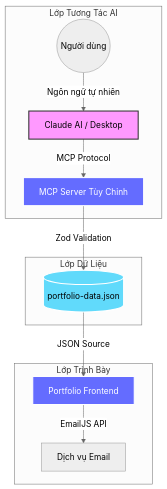
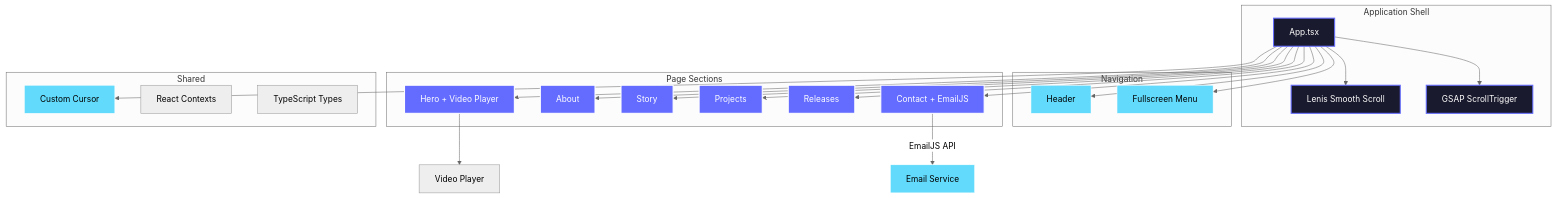
Before and after one commit to phuc2502/portfolio_thienphuc: the diagram in README.md, drawn with Mermaid (neutral theme). The commit also changed other lines of this file, not shown here.

````diff
--- a/README.md
+++ b/README.md
@@ -93,24 +88,51 @@
 ```mermaid
-graph TB
-    subgraph "Lớp Tương Tác AI"
-        User((Người dùng)) -- "Ngôn ngữ tự nhiên" --> Claude[Claude AI / Desktop]
-        Claude -- "MCP Protocol" --> MCPServer[MCP Server Tùy Chỉnh]
+graph TD
+    subgraph "Application Shell"
+        App["App.tsx"]
+        Lenis["Lenis Smooth Scroll"]
+        GSAP["GSAP ScrollTrigger"]
     end
 
-    subgraph "Lớp Dữ Liệu"
-        MCPServer -- "Zod Validation" --> LocalDB[(portfolio-data.json)]
+    subgraph "Navigation"
+        Header["Header"]
+        Menu["Fullscreen Menu"]
     end
 
-    subgraph "Lớp Trình Bày"
-        LocalDB -- "JSON Source" --> ViteApp[Portfolio Frontend]
-        ViteApp -- "EmailJS API" --> Mail[Dịch vụ Email]
+    subgraph "Page Sections"
+        Hero["Hero + Video Player"]
+        About["About"]
+        Story["Story"]
+        Projects["Projects"]
+        Releases["Releases"]
+        Contact["Contact + EmailJS"]
     end
 
-    classDef primary fill:#646CFF,stroke:#fff,stroke-width:2px,color:#fff;
-    classDef secondary fill:#61DAFB,stroke:#fff,stroke-width:2px,color:#000;
-    classDef highlight fill:#f9f,stroke:#333,stroke-width:2px;
+    subgraph "Shared"
+        Cursor["Custom Cursor"]
+        Context["React Contexts"]
+        Types["TypeScript Types"]
+    end
 
-    class MCPServer,ViteApp primary;
-    class LocalDB secondary;
-    class Claude highlight;
+    App --> Lenis
+    App --> GSAP
+    App --> Header
+    App --> Menu
+    App --> Hero
+    App --> About
+    App --> Story
+    App --> Projects
+    App --> Releases
+    App --> Contact
+    App --> Cursor
+
+    Contact -->|"EmailJS API"| Email["Email Service"]
+    Hero --> VideoPlayer["Video Player"]
+
+    classDef primary fill:#646CFF,stroke:#fff,stroke-width:2px,color:#fff
+    classDef accent fill:#61DAFB,stroke:#fff,stroke-width:1px,color:#000
+    classDef shell fill:#1a1a2e,stroke:#646CFF,stroke-width:2px,color:#fff
+
+    class App,Lenis,GSAP shell
+    class Hero,About,Story,Projects,Releases,Contact primary
+    class Header,Menu,Cursor,Email accent
 ```
````
